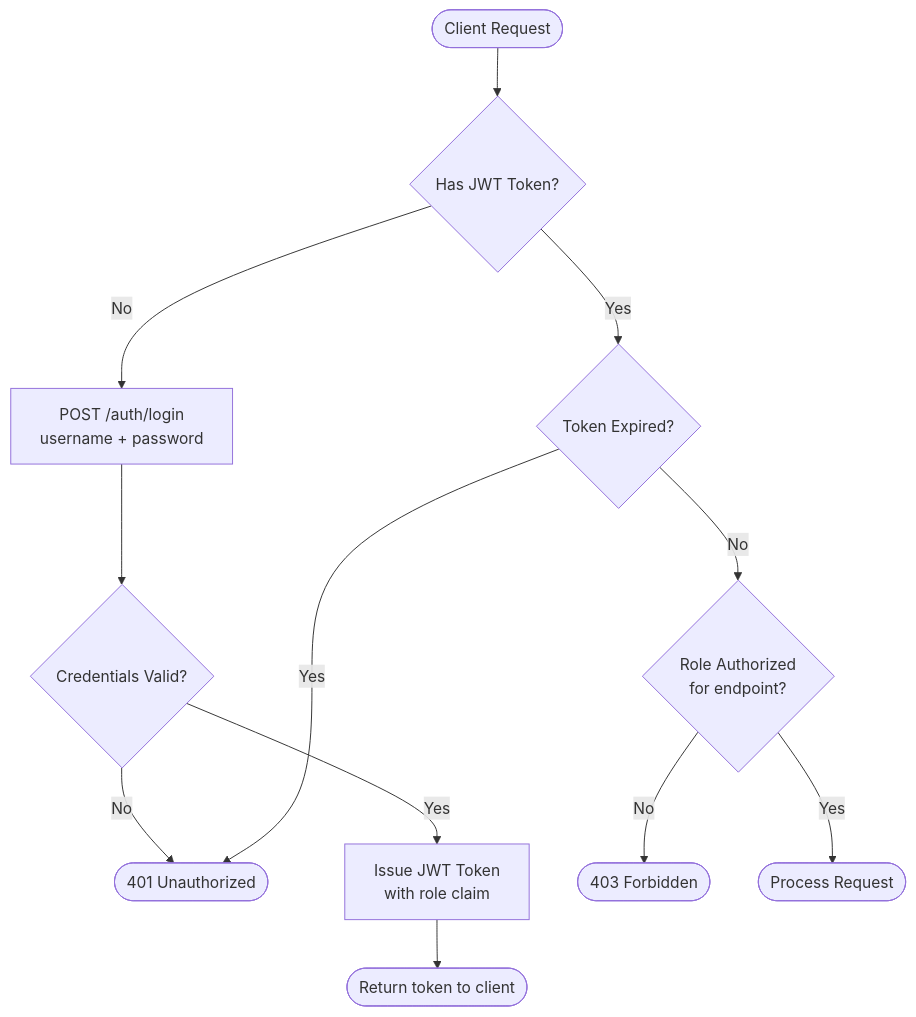
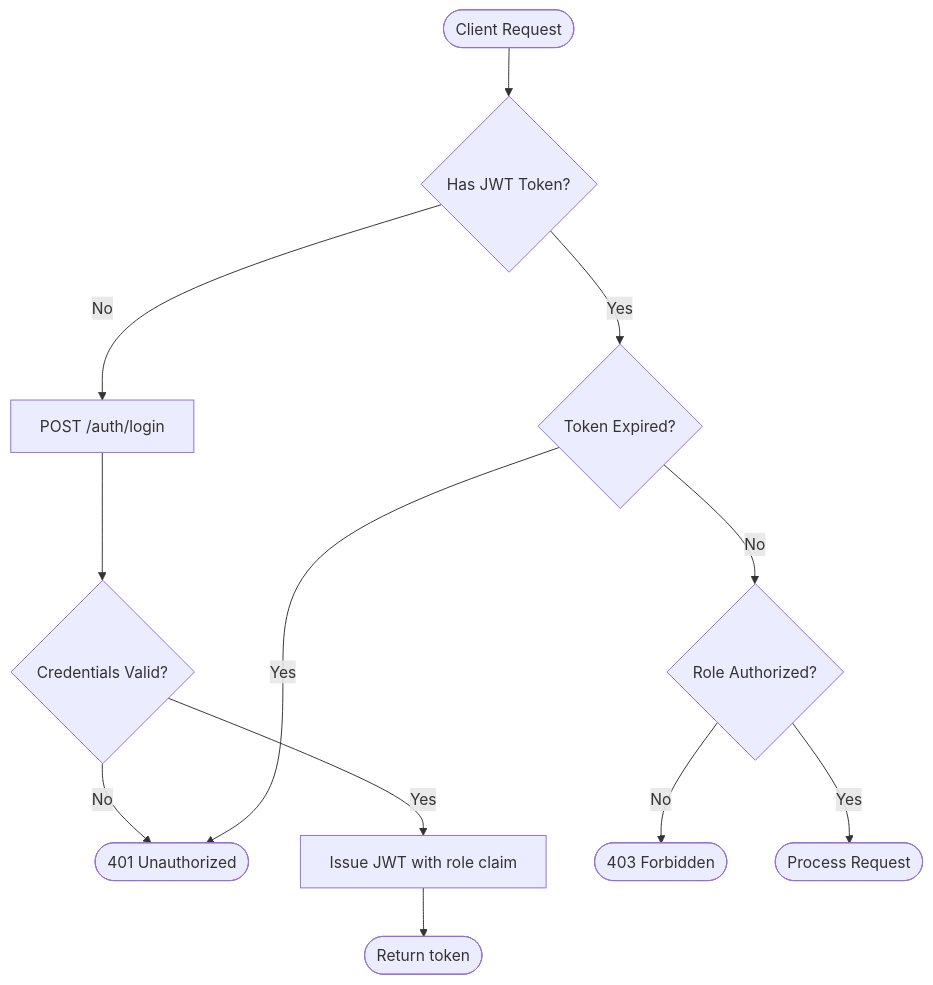
One commit to eliudm/ERP-SYSTEM changed the first of 7 diagrams in README.md. Above: the diagram before and after it, drawn with Mermaid. The commit also changed other lines of this file and 31 other files, not shown here.

````diff
--- a/README.md
+++ b/README.md
@@ -127,14 +673,14 @@
 ```mermaid
 flowchart TD
     A([Client Request]) --> B{Has JWT Token?}
-    B -- No --> C[POST /auth/login\nusername + password]
+    B -- No --> C[POST /auth/login]
     C --> D{Credentials Valid?}
     D -- No --> E([401 Unauthorized])
-    D -- Yes --> F[Issue JWT Token\nwith role claim]
-    F --> G([Return token to client])
+    D -- Yes --> F[Issue JWT with role claim]
+    F --> G([Return token])
     B -- Yes --> H{Token Expired?}
     H -- Yes --> E
-    H -- No --> I{Role Authorized\nfor endpoint?}
+    H -- No --> I{Role Authorized?}
     I -- No --> J([403 Forbidden])
     I -- Yes --> K([Process Request])
 ```
````
